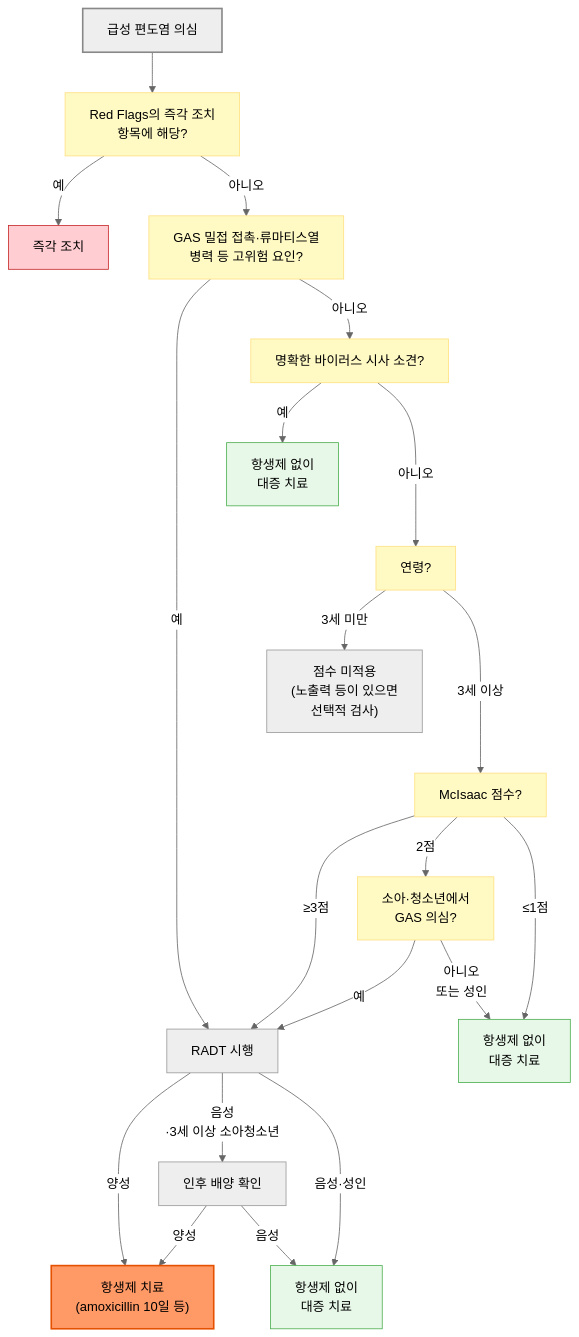
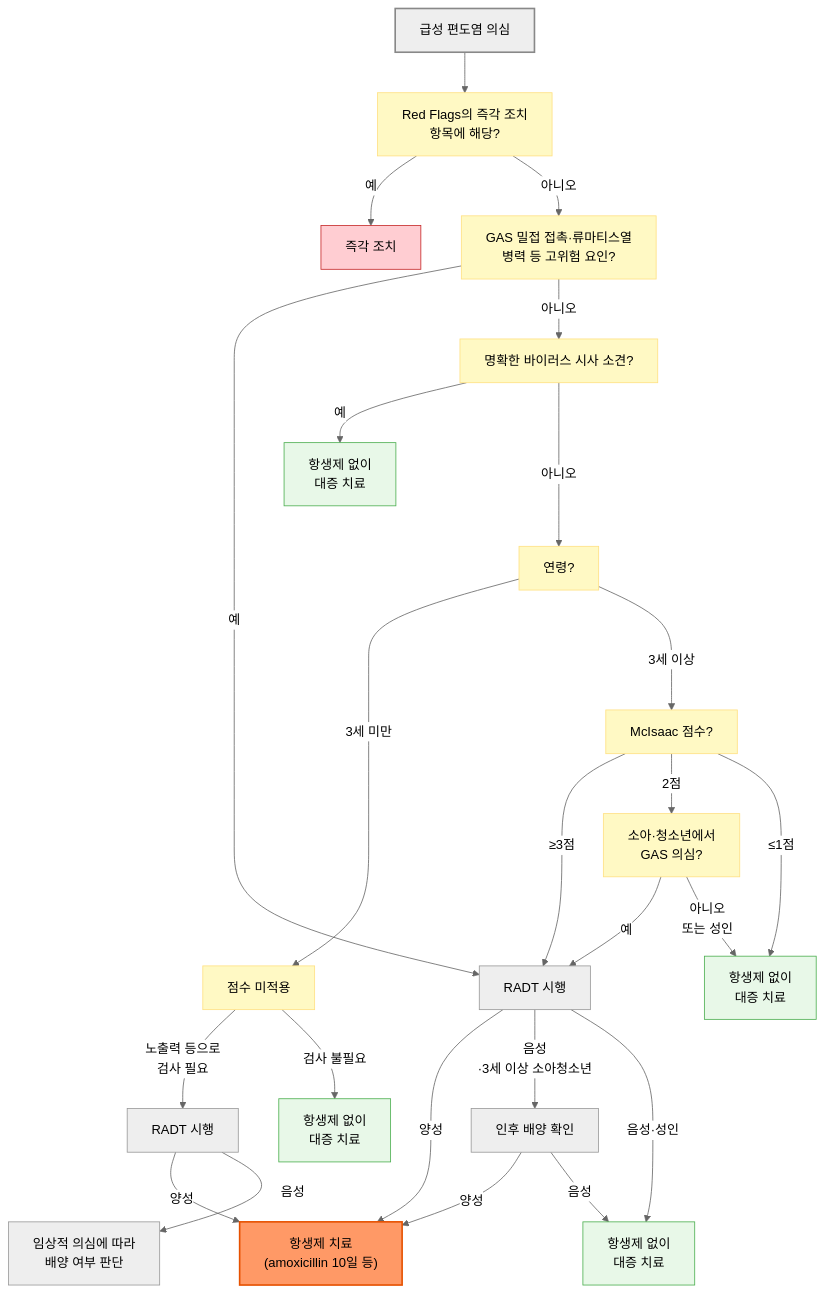
Before and after one commit to familyoh77/familyoh77: the diagram in 223_/064_-tonsillitis.md, drawn with Mermaid (neutral theme). The commit also changed other lines of this file, not shown here.

````diff
--- a/223_/064_-tonsillitis.md
+++ b/223_/064_-tonsillitis.md
@@ -150,30 +150,34 @@
 ```mermaid
 flowchart TD
     A["급성 편도염 의심"] --> B["Red Flags의 즉각 조치 <br/>항목에 해당?"]
     B -- "예" --> C["즉각 조치"]
     B -- "아니오" --> D["GAS 밀접 접촉·류마티스열 <br/>병력 등 고위험 요인?"]
     D -- "예" --> I["RADT 시행"]
     D -- "아니오" --> E["명확한 바이러스 시사 소견?"]
     E -- "예" --> G1["항생제 없이 <br/>대증 치료"]
     E -- "아니오" ---> F["연령?"]
-    F -- "3세 미만" --> U["점수 미적용 <br/>(노출력 등이 있으면 <br/>선택적 검사)"]
+    F -- "3세 미만" --> U["점수 미적용"]
+    U -- "노출력 등으로 <br/>검사 필요" --> I0["RADT 시행"]
+    U -- "검사 불필요" --> G2["항생제 없이 <br/>대증 치료"]
+    I0 -- "양성" --> K
+    I0 -- "음성" --> M["임상적 의심에 따라 <br/>배양 여부 판단"]
     F -- "3세 이상" ---> H["McIsaac 점수?"]
     H -- "≥3점" --> I
     H -- "2점" --> T["소아·청소년에서 <br/>GAS 의심?"]
     T -- "예" --> I
     T -- "아니오 <br/>또는 성인" --> G3["항생제 없이 <br/>대증 치료"]
-    H -- "≤1점" --> G3["항생제 없이 <br/>대증 치료"]
+    H -- "≤1점" --> G3
     I -- "양성" --> K["항생제 치료 <br/>(amoxicillin 10일 등)"]
     I -- "음성<br/>·3세 이상 소아청소년" --> L["인후 배양 확인"]
     L -- "양성" --> K
     L -- "음성" --> G5["항생제 없이 <br/>대증 치료"]
     I -- "음성·성인" --> G5
 
     classDef question fill:#fff9c4,stroke:#ffe082
     classDef sympt fill:#e8f8e8,stroke:#4caf50
-    class B,D,E,F,H,T question
-    class G1,G3,G5 sympt
+    class B,D,E,F,H,T,U question
+    class G1,G2,G3,G5 sympt
     style A fill:#eeeeee,stroke:#888888,stroke-width:2px
     style C fill:#ffcdd2,stroke:#c62828
     style K fill:#f96,stroke:#e65100,stroke-width:2px
 ```
````
